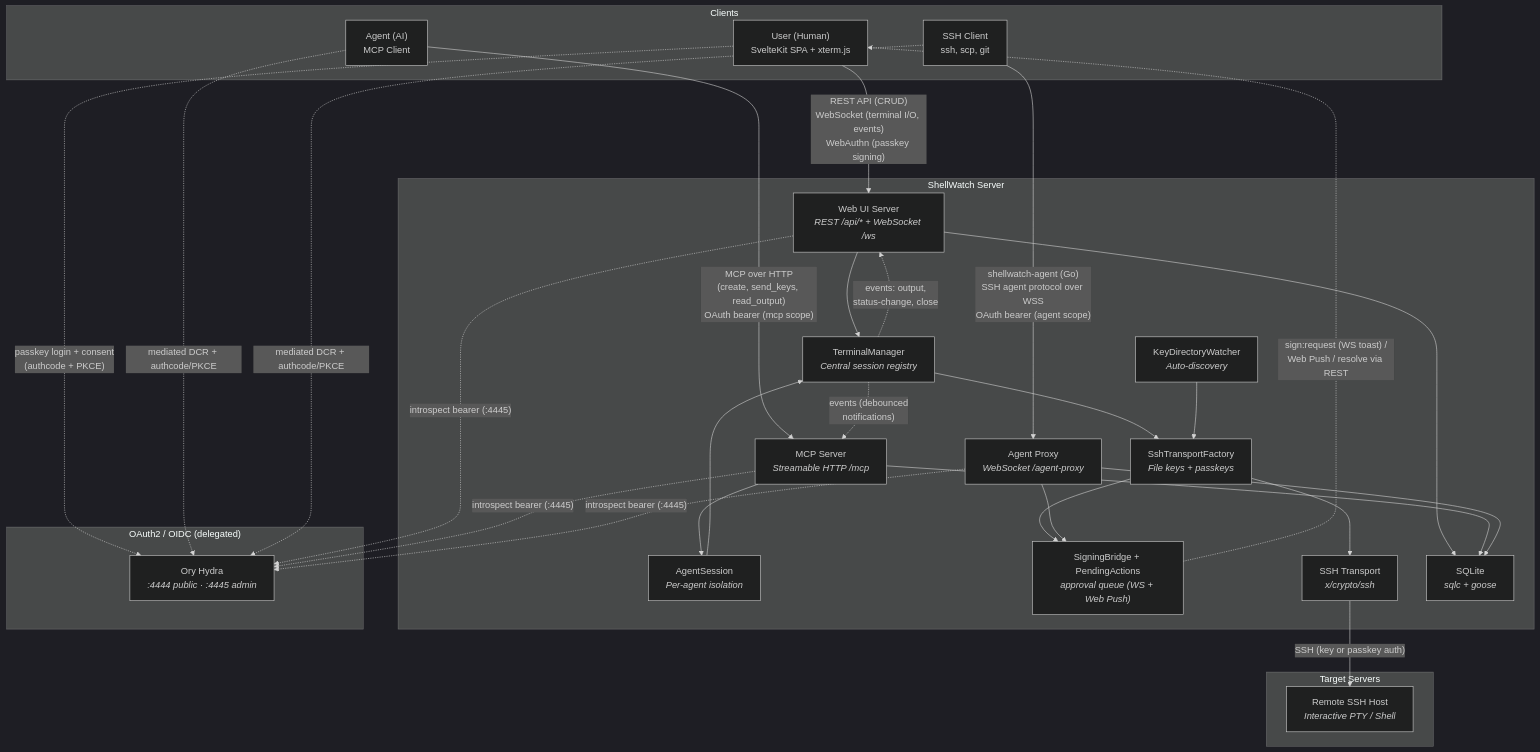
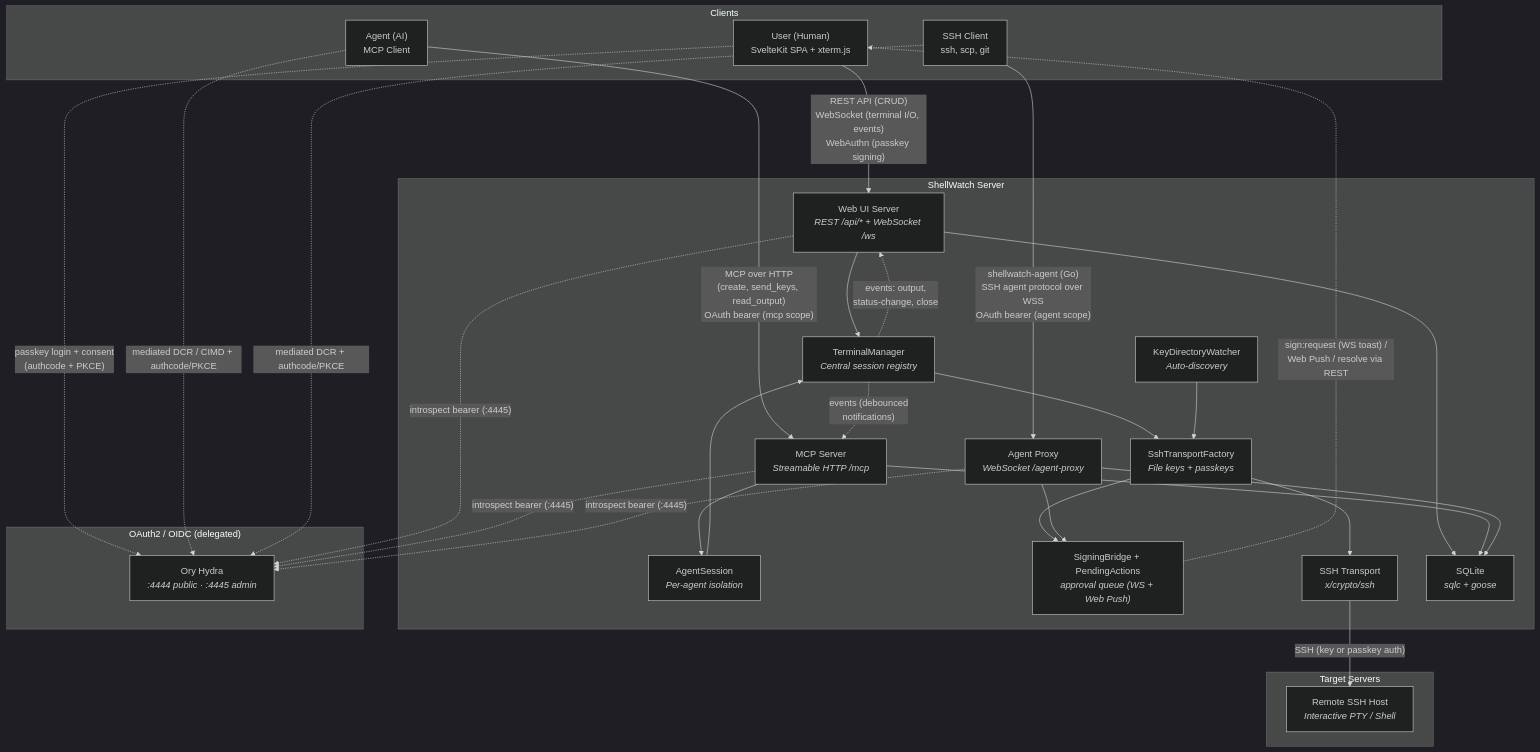
Before and after one commit to rado0x54/ShellWatch: the first of 3 diagrams in docs/architecture-diagram.md, drawn with Mermaid (dark theme). The commit also changed 21 other files, not shown here.

First line of the commit message:
feat(agent-client): authenticate with a fixed CIMD client_id served by app.shellwatch.ai; DCR only via login --dcr (#256) (#294)

````diff
--- a/docs/architecture-diagram.md
+++ b/docs/architecture-diagram.md
@@ -5,56 +5,56 @@
 ```mermaid
 graph TB
     subgraph Clients
         User["User (Human)<br/>SvelteKit SPA + xterm.js"]
         Agent["Agent (AI)<br/>MCP Client"]
         SSHCli["SSH Client<br/>ssh, scp, git"]
     end
 
     subgraph ShellWatch["ShellWatch Server"]
         WebUI["Web UI Server<br/><i>REST /api/* + WebSocket /ws</i>"]
         MCP["MCP Server<br/><i>Streamable HTTP /mcp</i>"]
         AgentProxy["Agent Proxy<br/><i>WebSocket /agent-proxy</i>"]
         AS["AgentSession<br/><i>Per-agent isolation</i>"]
         TM["TerminalManager<br/><i>Central session registry</i>"]
         SB["SigningBridge + PendingActions<br/><i>approval queue (WS + Web Push)</i>"]
         STF["SshTransportFactory<br/><i>File keys + passkeys</i>"]
         SSH["SSH Transport<br/><i>x/crypto/ssh</i>"]
         KDW["KeyDirectoryWatcher<br/><i>Auto-discovery</i>"]
         DB["SQLite<br/><i>sqlc + goose</i>"]
 
         MCP --> AS
         AS --> TM
         WebUI --> TM
         TM --> STF
         STF --> SSH
         STF --> SB
         AgentProxy --> SB
         KDW --> STF
         WebUI --> DB
         MCP --> DB
         AgentProxy --> DB
     end
 
     subgraph Targets["Target Servers"]
         Remote["Remote SSH Host<br/><i>Interactive PTY / Shell</i>"]
     end
 
     User -- "REST API (CRUD)<br/>WebSocket (terminal I/O, events)<br/>WebAuthn (passkey signing)" --> WebUI
     Agent -- "MCP over HTTP<br/>(create, send_keys, read_output)<br/>OAuth bearer (mcp scope)" --> MCP
     SSHCli -- "shellwatch-agent (Go)<br/>SSH agent protocol over WSS<br/>OAuth bearer (agent scope)" --> AgentProxy
     SSH -- "SSH (key or passkey auth)" --> Remote
 
     SB -. "sign:request (WS toast) /<br/>Web Push / resolve via REST" .-> User
     TM -. "events: output,<br/>status-change, close" .-> WebUI
     TM -. "events (debounced<br/>notifications)" .-> MCP
 
     subgraph Auth["OAuth2 / OIDC (delegated)"]
         Hydra["Ory Hydra<br/><i>:4444 public · :4445 admin</i>"]
     end
     User -. "passkey login + consent<br/>(authcode + PKCE)" .-> Hydra
-    Agent -. "mediated DCR + authcode/PKCE" .-> Hydra
+    Agent -. "mediated DCR / CIMD + authcode/PKCE" .-> Hydra
     SSHCli -. "mediated DCR + authcode/PKCE" .-> Hydra
     WebUI -. "introspect bearer (:4445)" .-> Hydra
     MCP -. "introspect bearer (:4445)" .-> Hydra
     AgentProxy -. "introspect bearer (:4445)" .-> Hydra
 ```
````
